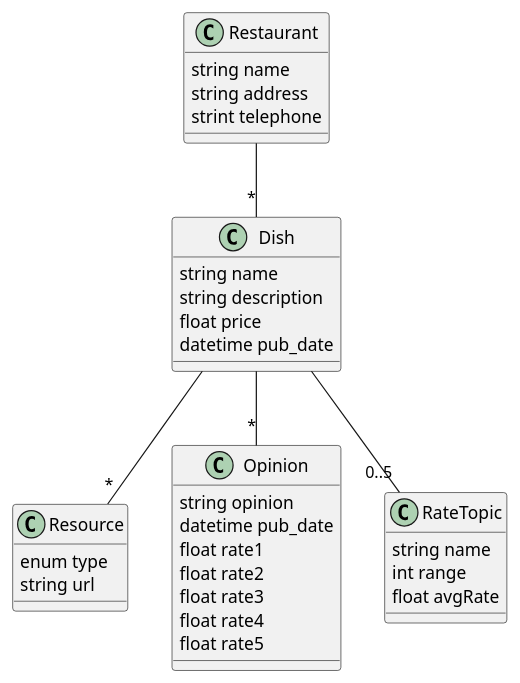
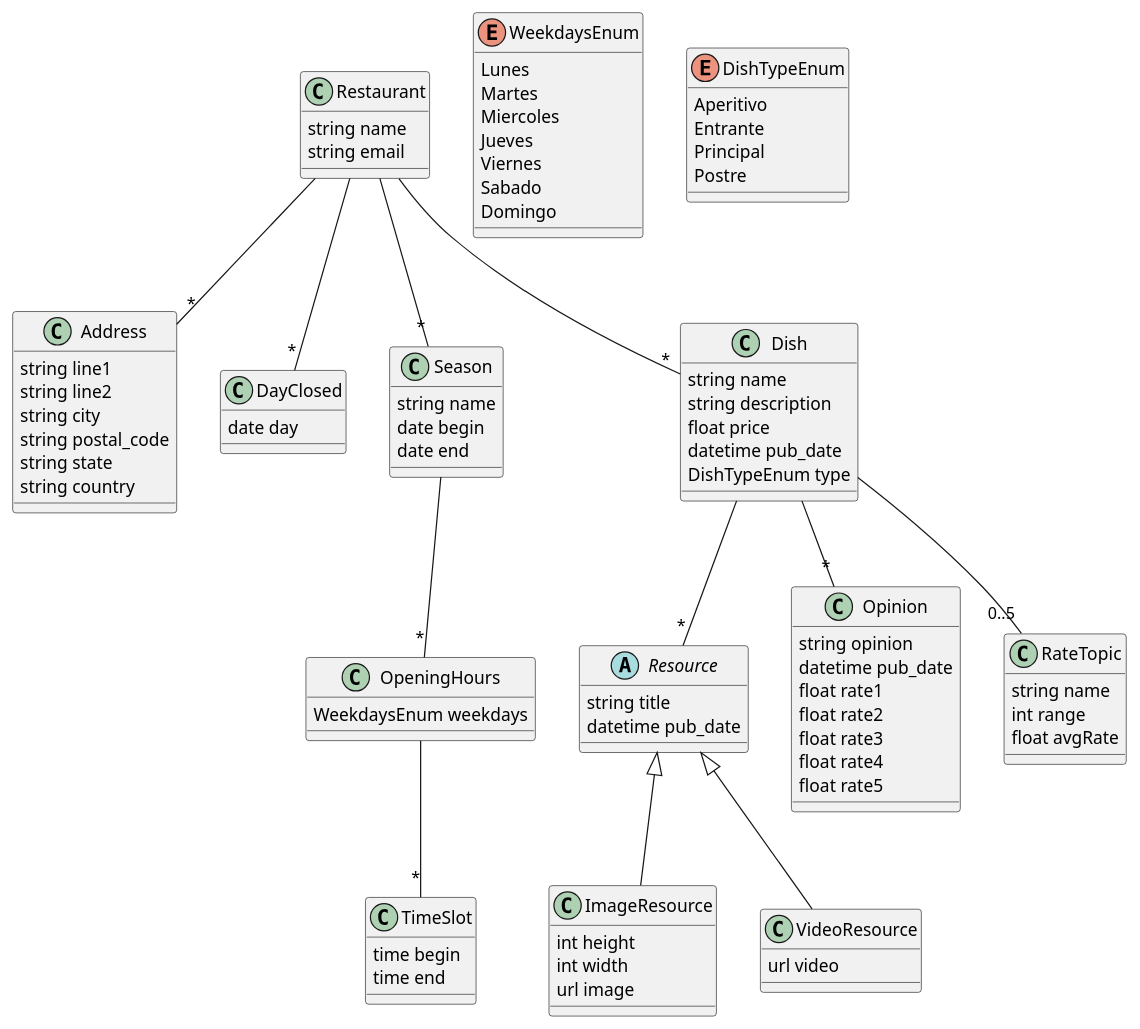
One commit to jero3000/irestaurant changed the diagram in doc/diagrams/design/model.puml. Above: the diagram before and after it, drawn with PlantUML.

Commit message:
Class diagram updated

```diff
--- a/doc/diagrams/design/model.puml
+++ b/doc/diagrams/design/model.puml
@@ -1,46 +1,110 @@
 @startuml
 
 'Class definitions:
 
 class Restaurant{
     string name
-    string address
-    strint telephone
+    string email
+}
+
+class Address{
+    string line1
+    string line2
+    string city
+    string postal_code
+    string state
+    string country
+}
+
+class DayClosed{
+    date day
+}
+
+class Season{
+    string name
+    date begin
+    date end
+}
+
+enum WeekdaysEnum{
+    Lunes
+    Martes
+    Miercoles
+    Jueves
+    Viernes
+    Sabado
+    Domingo
+}
+
+class OpeningHours{
+    WeekdaysEnum weekdays
+}
+
+class TimeSlot{
+    time begin
+    time end
+}
+
+enum DishTypeEnum{
+    Aperitivo
+    Entrante
+    Principal
+    Postre
 }
 
 class Dish{
     string name
     string description
     float price
     datetime pub_date
-
+    DishTypeEnum type
 }
 
-class Resource{
-    enum type
-    string url
+abstract class Resource{
+    string title
+    datetime pub_date
+}
+
+class ImageResource{
+    int height
+    int width
+    url image
+}
+
+class VideoResource{
+    url video
 }
 
 class Opinion {
     string opinion
     datetime pub_date
     float rate1
     float rate2
     float rate3
     float rate4
     float rate5
 }
 
 class RateTopic{
     string name
     int range
     float avgRate
 }
+
+
 'Relations:∫
 
 Restaurant -- "*" Dish
+Restaurant -- "*" Season
+Restaurant -- "*" DayClosed
+Restaurant -- "*" Address
+Season -- "*" OpeningHours
+OpeningHours -- "*" TimeSlot
 Dish -- "*" Resource
 Dish -- "*" Opinion
 Dish -- "0..5" RateTopic
 
+Resource <|-- ImageResource
+Resource <|-- VideoResource
+
 @enduml
```
